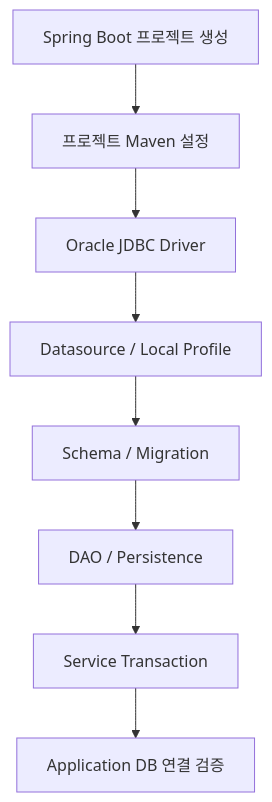
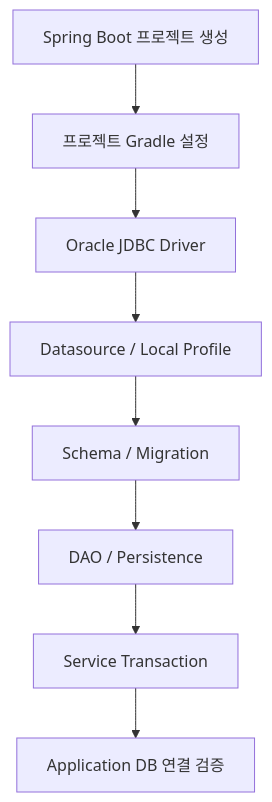
One commit to Team-Microserver/microserver-docs changed the fifth of 6 diagrams in docs/01_project_start/02_environment/database/oracle_database_free_setup.md. Above: the diagram before and after it, drawn with Mermaid. The commit also changed other lines of this file and 30 other files, not shown here.

````diff
--- a/docs/01_project_start/02_environment/database/oracle_database_free_setup.md
+++ b/docs/01_project_start/02_environment/database/oracle_database_free_setup.md
@@ -772,11 +772,11 @@
 ```mermaid
 flowchart TD
     A[Spring Boot 프로젝트 생성]
-    A --> B[프로젝트 Maven 설정]
+    A --> B[프로젝트 Gradle 설정]
     B --> C[Oracle JDBC Driver]
     C --> D[Datasource / Local Profile]
     D --> E[Schema / Migration]
     E --> F[DAO / Persistence]
     F --> G[Service Transaction]
     G --> H[Application DB 연결 검증]
 ```
````
